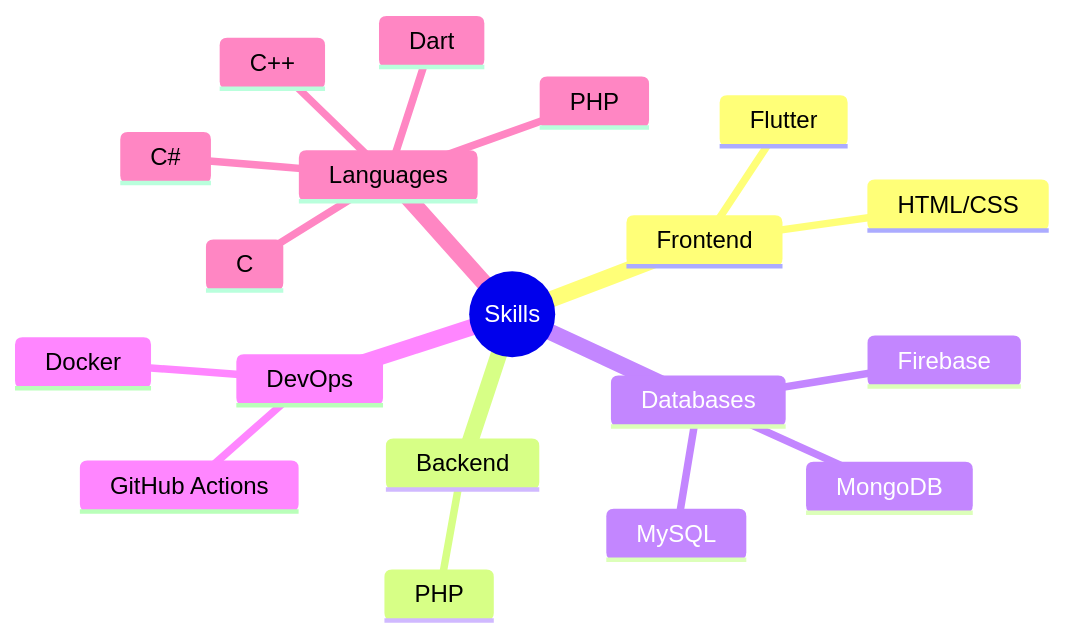
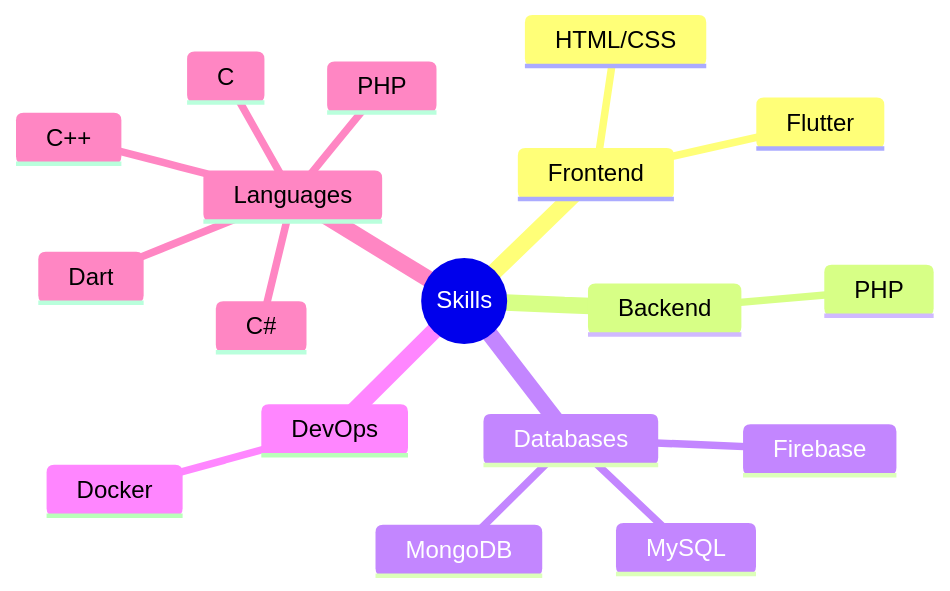
The diagram in README.md (Lias-e/Lias-e), drawn with Mermaid before and after one commit.

````diff
--- a/README.md
+++ b/README.md
@@ -32,23 +32,22 @@
 ```mermaid
 mindmap
   root((Skills))
     Frontend
       Flutter
       HTML/CSS
     Backend
       PHP
     Databases
       MySQL
       Firebase
       MongoDB
     DevOps
       Docker
-      GitHub Actions
     Languages
       C
       C++
       C#
       PHP
       Dart
       
 ```
````
